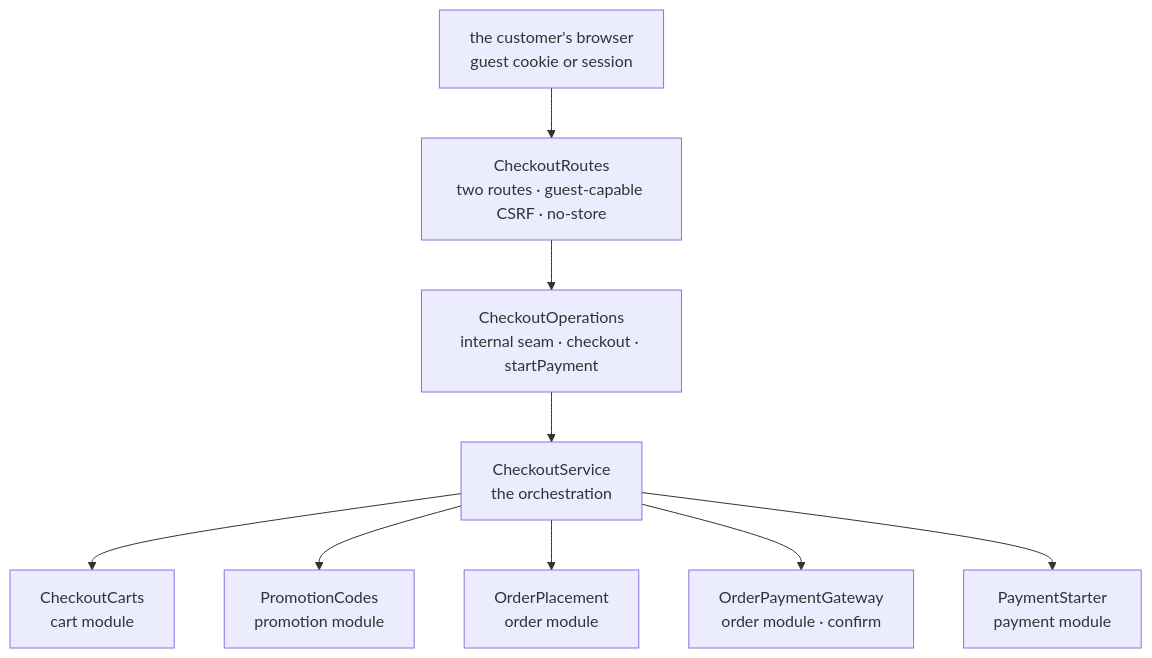
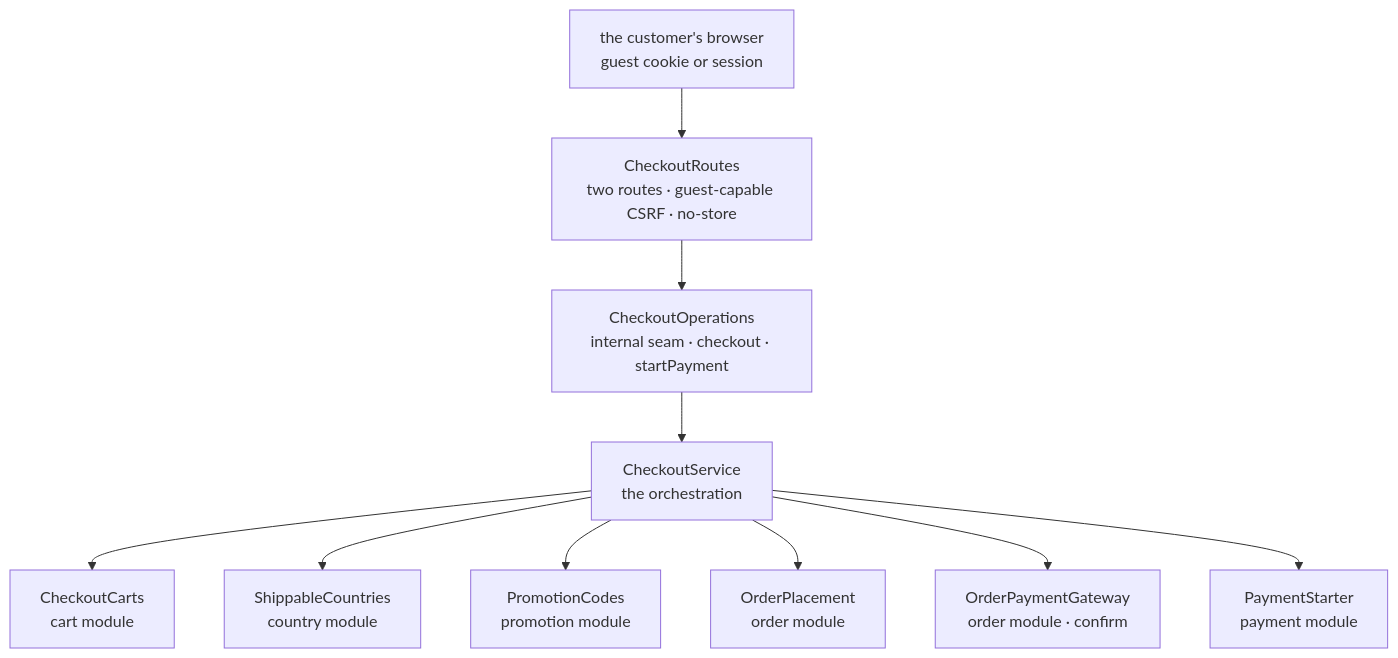
Before and after one commit to bitstorm-tech/voenix-shop-kotlin: the diagram in docs/dev/backend/checkout-package.md, drawn with Mermaid. The commit also changed other lines of this file and 20 other files, not shown here.

First line of the commit message:
Hardening #81: validate the shipping country against countries rows

````diff
--- a/docs/dev/backend/checkout-package.md
+++ b/docs/dev/backend/checkout-package.md
@@ -38,19 +41,21 @@
 ```mermaid
 flowchart TB
     Customer["the customer's browser<br/>guest cookie or session"]
     Routes["CheckoutRoutes<br/>two routes · guest-capable CSRF · no-store"]
     Operations["CheckoutOperations<br/>internal seam · checkout · startPayment"]
     Service["CheckoutService<br/>the orchestration"]
     Carts["CheckoutCarts<br/>cart module"]
     Promotions["PromotionCodes<br/>promotion module"]
     Orders["OrderPlacement<br/>order module"]
     Gateway["OrderPaymentGateway<br/>order module · confirm"]
     Payments["PaymentStarter<br/>payment module"]
+    Countries["ShippableCountries<br/>country module"]
 
     Customer --> Routes --> Operations --> Service
     Service --> Carts
+    Service --> Countries
     Service --> Promotions
     Service --> Orders
     Service --> Gateway
     Service --> Payments
 ```
````
